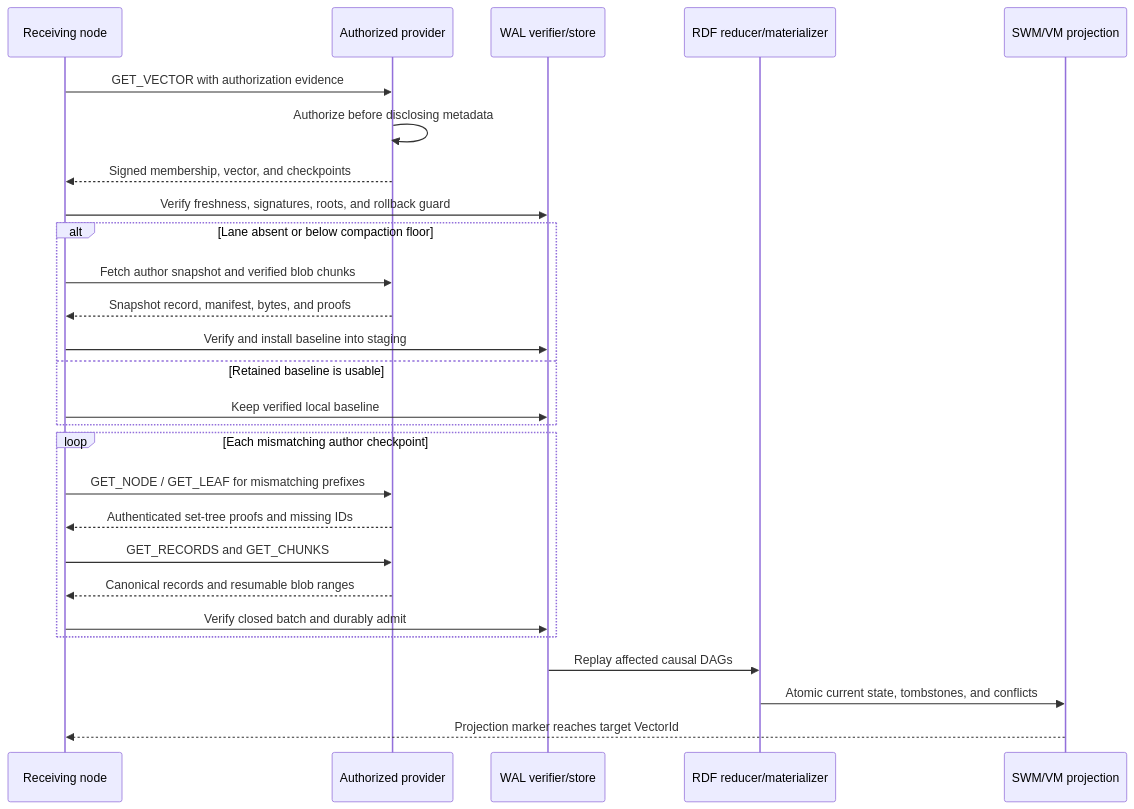
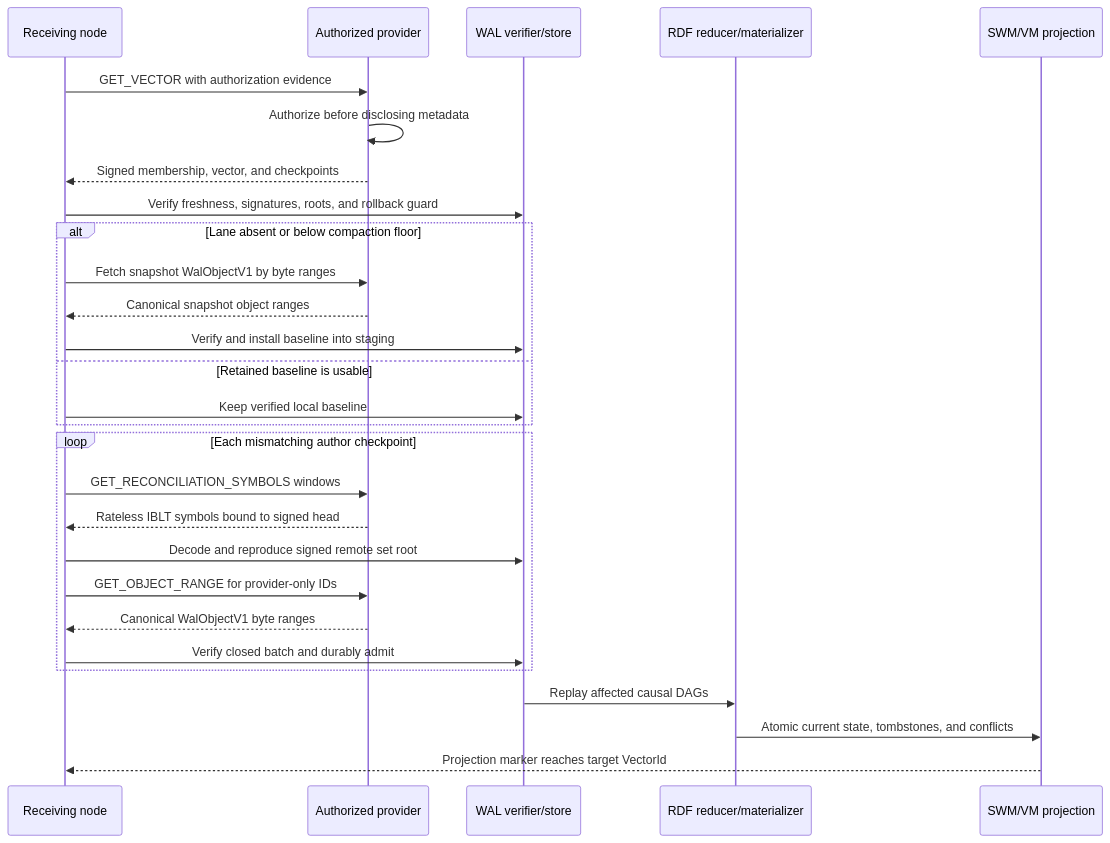
Before and after one commit to OriginTrail/dkg: the sixth of 7 diagrams in docs/active-now/wal-parallel-protocol-task-pack/OT-RFC-65-wal-byte-set-reconciliation-sync.md, drawn with Mermaid. The commit also changed other lines of this file and 4 other files, not shown here.

Commit message:
Adopt rateless IBLT reconciliation tasks

````diff
--- a/docs/active-now/wal-parallel-protocol-task-pack/OT-RFC-65-wal-byte-set-reconciliation-sync.md
+++ b/docs/active-now/wal-parallel-protocol-task-pack/OT-RFC-65-wal-byte-set-reconciliation-sync.md
@@ -1051,30 +1242,31 @@
 ```mermaid
 sequenceDiagram
     participant R as Receiving node
     participant P as Authorized provider
     participant W as WAL verifier/store
     participant A as RDF reducer/materializer
     participant G as SWM/VM projection
 
     R->>P: GET_VECTOR with authorization evidence
     P->>P: Authorize before disclosing metadata
     P-->>R: Signed membership, vector, and checkpoints
     R->>W: Verify freshness, signatures, roots, and rollback guard
     alt Lane absent or below compaction floor
-        R->>P: Fetch author snapshot and verified blob chunks
-        P-->>R: Snapshot record, manifest, bytes, and proofs
+        R->>P: Fetch snapshot WalObjectV1 by byte ranges
+        P-->>R: Canonical snapshot object ranges
         R->>W: Verify and install baseline into staging
     else Retained baseline is usable
         R->>W: Keep verified local baseline
     end
     loop Each mismatching author checkpoint
-        R->>P: GET_NODE / GET_LEAF for mismatching prefixes
-        P-->>R: Authenticated set-tree proofs and missing IDs
-        R->>P: GET_RECORDS and GET_CHUNKS
-        P-->>R: Canonical records and resumable blob ranges
+        R->>P: GET_RECONCILIATION_SYMBOLS windows
+        P-->>R: Rateless IBLT symbols bound to signed head
+        R->>W: Decode and reproduce signed remote set root
+        R->>P: GET_OBJECT_RANGE for provider-only IDs
+        P-->>R: Canonical WalObjectV1 byte ranges
         R->>W: Verify closed batch and durably admit
     end
     W->>A: Replay affected causal DAGs
     A->>G: Atomic current state, tombstones, and conflicts
     G-->>R: Projection marker reaches target VectorId
 ```
````
